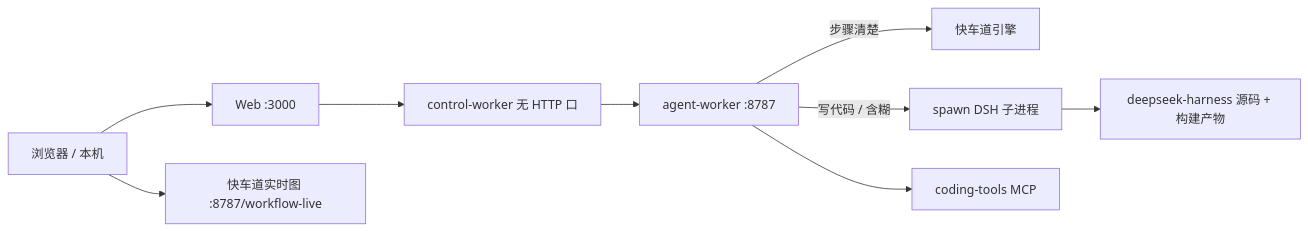
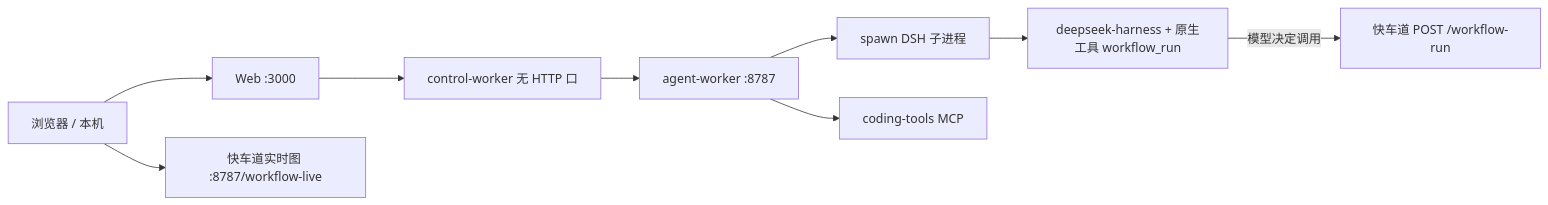
One commit to Reachan0/open-rush changed the diagram in docs/remote-demo.md. Above: the diagram before and after it, drawn with Mermaid. The commit also changed other lines of this file and 66 other files, not shown here.

````diff
--- a/docs/remote-demo.md
+++ b/docs/remote-demo.md
@@ -15,11 +15,11 @@
 ```mermaid
 flowchart LR
   you[浏览器 / 本机] --> web["Web :3000"]
   you --> live["快车道实时图 :8787/workflow-live"]
   web --> cw[control-worker 无 HTTP 口]
   cw --> aw["agent-worker :8787"]
-  aw -->|"步骤清楚"| wf[快车道引擎]
-  aw -->|"写代码 / 含糊"| spawn[spawn DSH 子进程]
-  spawn --> dsh["deepseek-harness 源码 + 构建产物"]
+  aw --> spawn[spawn DSH 子进程]
+  spawn --> dsh["deepseek-harness + 原生工具 workflow_run"]
+  dsh -->|"模型决定调用"| wf["快车道 POST /workflow-run"]
   aw --> mcp[coding-tools MCP]
 ```
````
